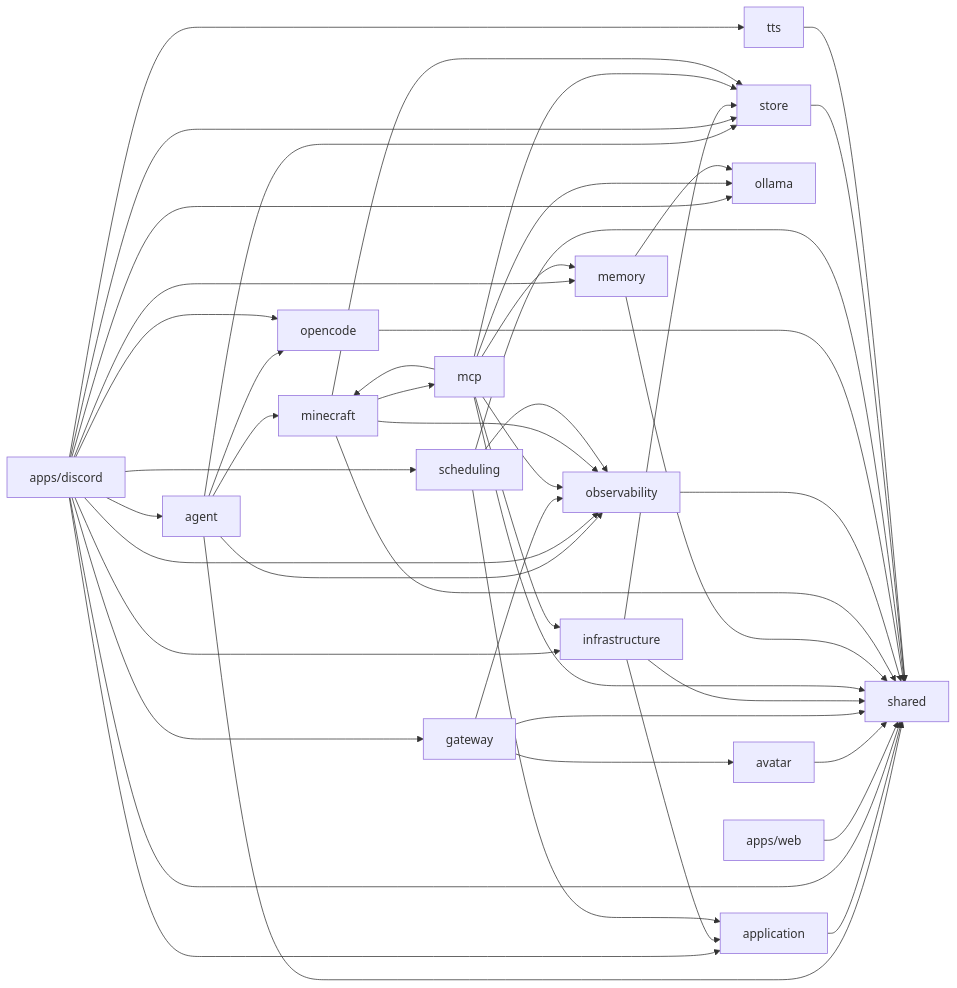
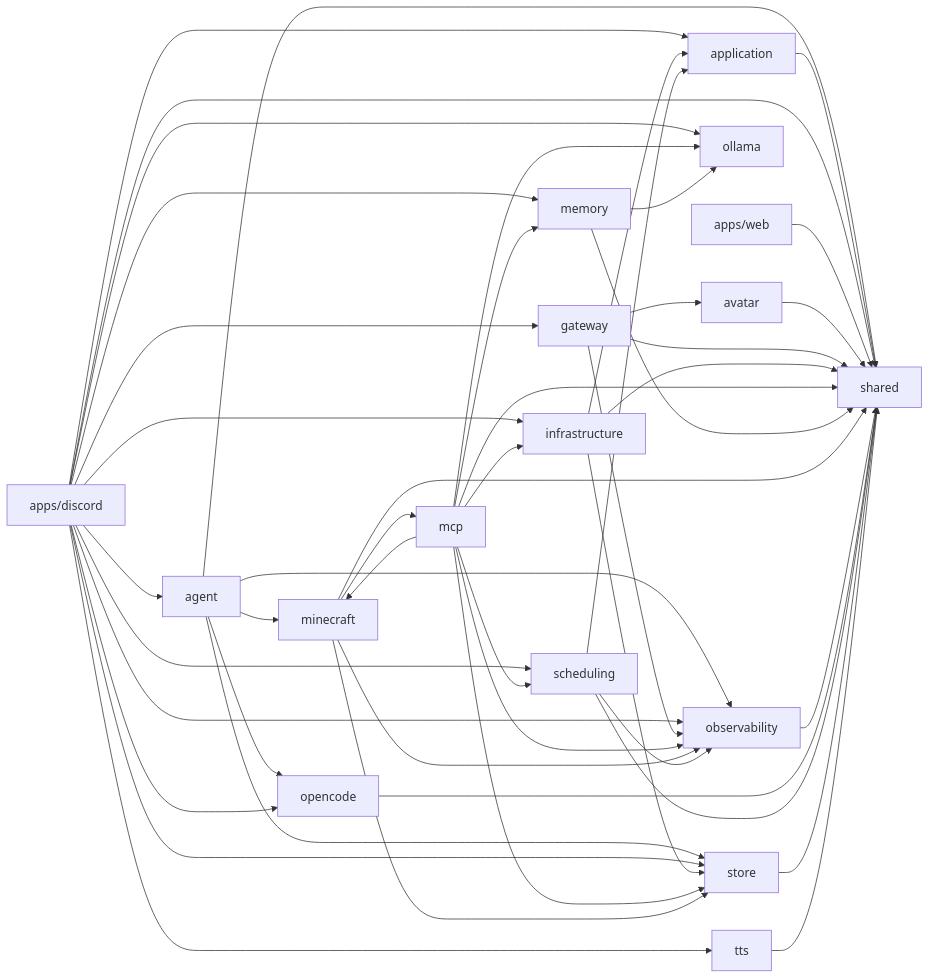
Before and after one commit to OJII3/vicissitude: the diagram in docs/DEPS.md, drawn with Mermaid. The commit also changed other lines of this file and 13 other files, not shown here.

````diff
--- a/docs/DEPS.md
+++ b/docs/DEPS.md
@@ -7,51 +7,52 @@
 ```mermaid
 graph LR
   agent --> minecraft
   agent --> observability
   agent --> opencode
   agent --> shared
   agent --> store
   application --> shared
   apps_discord["apps/discord"] --> agent
   apps_discord["apps/discord"] --> application
   apps_discord["apps/discord"] --> gateway
   apps_discord["apps/discord"] --> infrastructure
   apps_discord["apps/discord"] --> memory
   apps_discord["apps/discord"] --> observability
   apps_discord["apps/discord"] --> ollama
   apps_discord["apps/discord"] --> opencode
   apps_discord["apps/discord"] --> scheduling
   apps_discord["apps/discord"] --> shared
   apps_discord["apps/discord"] --> store
   apps_discord["apps/discord"] --> tts
   apps_web["apps/web"] --> shared
   avatar --> shared
   gateway --> avatar
   gateway --> observability
   gateway --> shared
   infrastructure --> application
   infrastructure --> shared
   infrastructure --> store
   mcp --> infrastructure
   mcp --> memory
   mcp --> minecraft
   mcp --> observability
   mcp --> ollama
+  mcp --> scheduling
   mcp --> shared
   mcp --> store
   memory --> ollama
   memory --> shared
   minecraft --> mcp
   minecraft --> observability
   minecraft --> shared
   minecraft --> store
   observability --> shared
   ollama
   opencode --> shared
   scheduling --> application
   scheduling --> observability
   scheduling --> shared
   shared
   store --> shared
   tts --> shared
 ```
````
